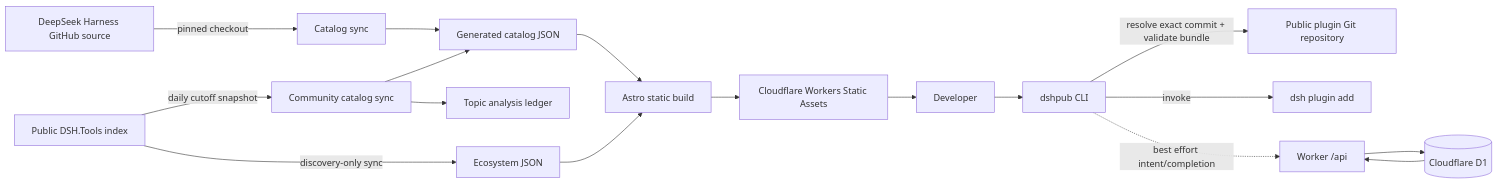
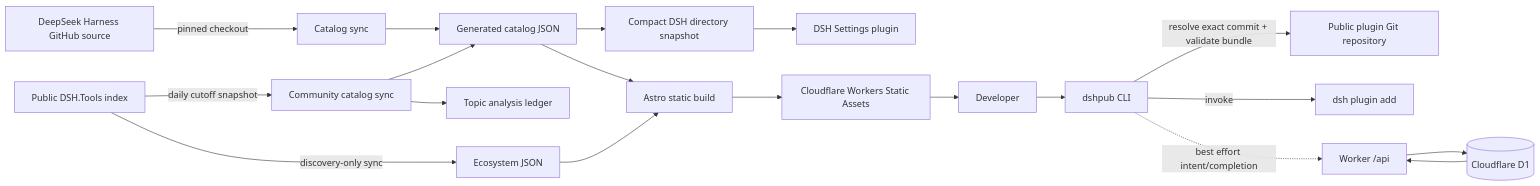
The first of 2 diagrams in docs/architecture.md (dsh-pub/dsh-pub), drawn with Mermaid before and after one commit. The commit also changed other lines of this file and 43 other files, not shown here.

Commit message:
feat: add in-DSH plugin directory

````diff
--- a/docs/architecture.md
+++ b/docs/architecture.md
@@ -5,19 +5,21 @@
 ```mermaid
 flowchart LR
     H[DeepSeek Harness GitHub source] -->|pinned checkout| S[Catalog sync]
     S --> J[Generated catalog JSON]
     T[GitHub dsh-plugin Topic] -->|daily cutoff snapshot| CSync[Community catalog sync]
     CSync --> J
     CSync --> TA[Topic analysis ledger]
     T[Public DSH.Tools index] -->|discovery-only sync| E[Ecosystem JSON]
     J --> A[Astro static build]
     E --> A
+    J --> P[Compact DSH directory snapshot]
+    P --> DP[DSH Settings plugin]
     A --> W[Cloudflare Workers Static Assets]
     U[Developer] --> C[dshpub CLI]
     C -->|resolve exact commit + validate bundle| G[Public plugin Git repository]
     C -->|invoke| D[dsh plugin add]
     C -. best effort intent/completion .-> API[Worker /api]
     API --> DB[(Cloudflare D1)]
     W --> U
     DB --> API
 ```
````
